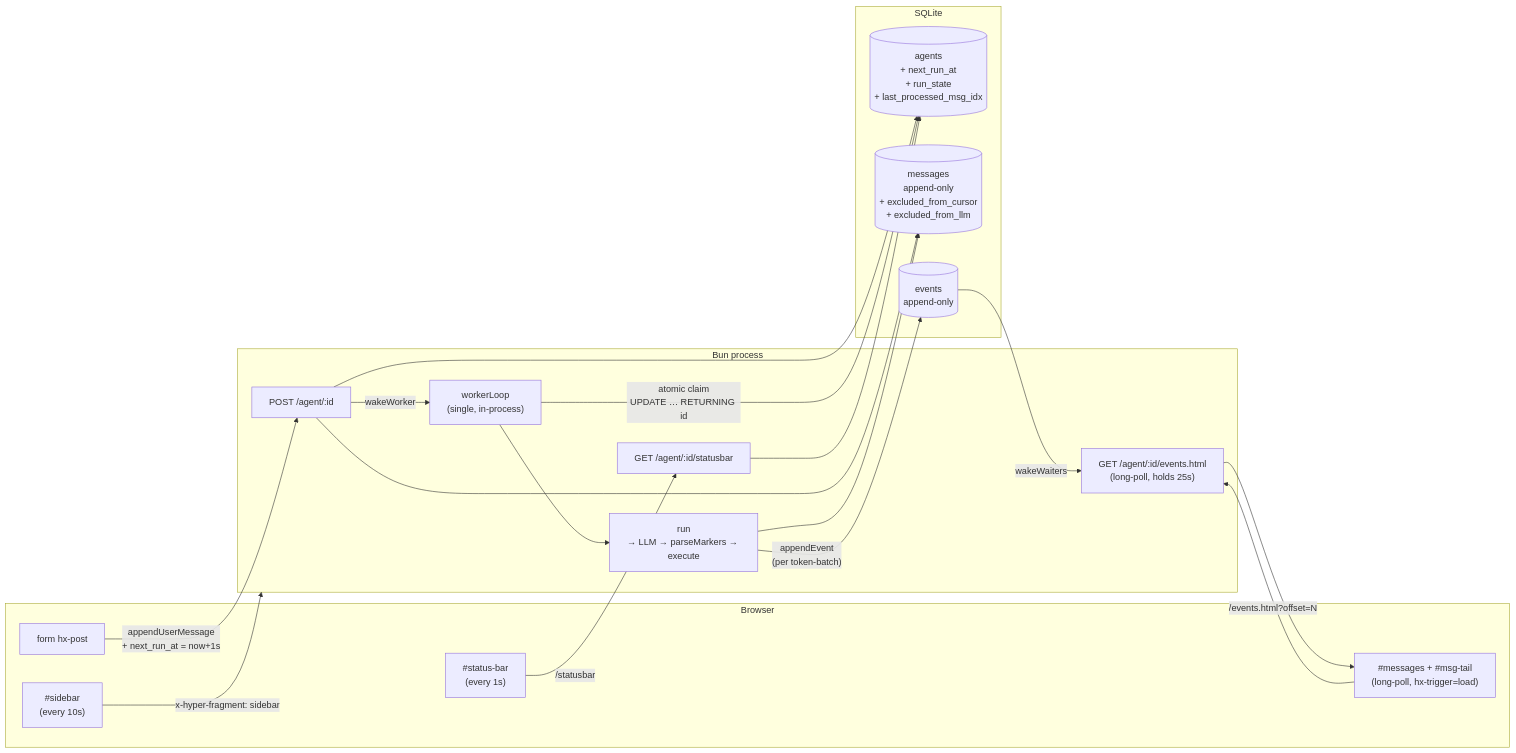
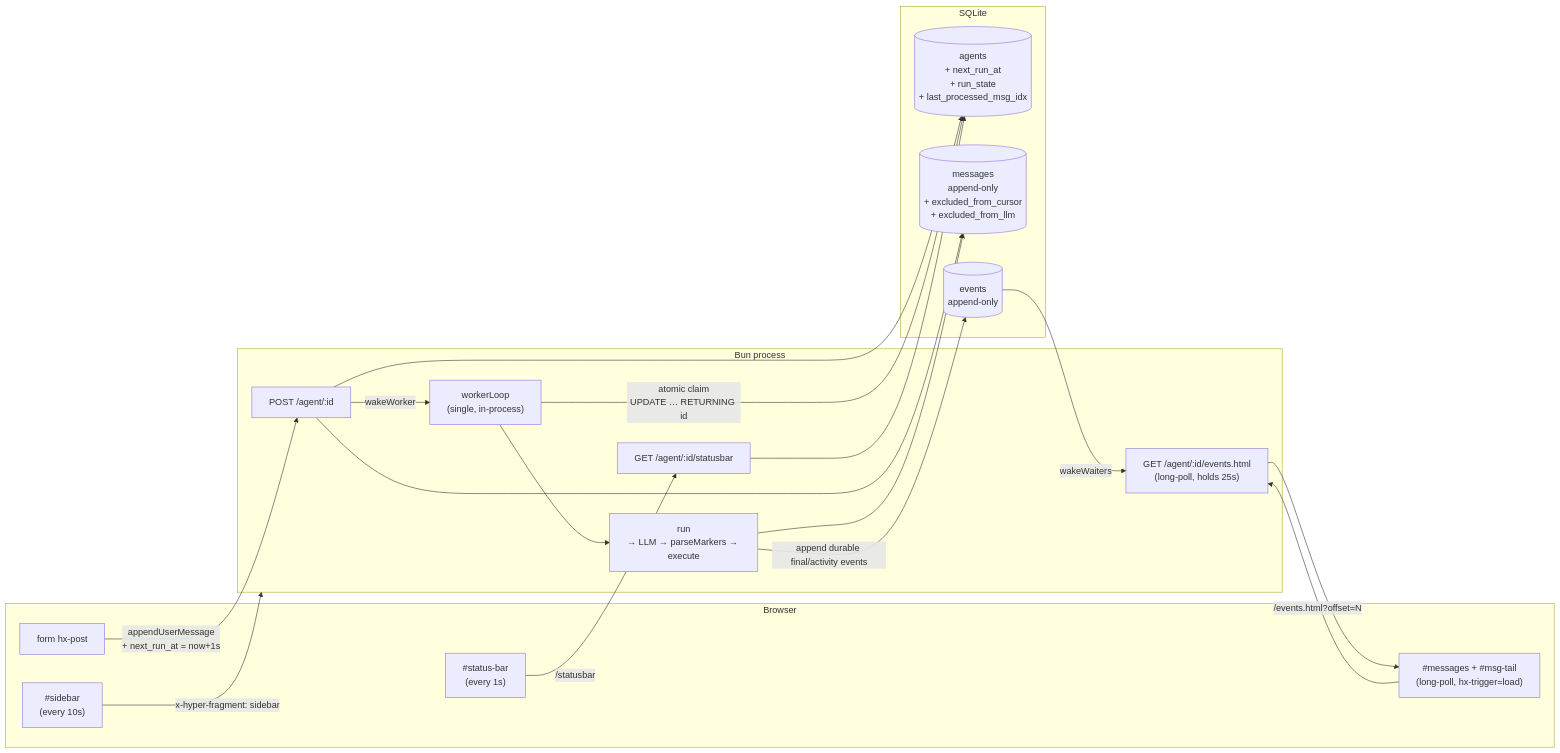
The diagram in README.md (dapi/hyper-code2), drawn with Mermaid before and after one commit. The commit also changed other lines of this file and 30 other files, not shown here.

````diff
--- a/README.md
+++ b/README.md
@@ -66,38 +69,38 @@
 ```mermaid
 flowchart LR
     subgraph Browser
         F[form hx-post]
         M["#messages + #msg-tail<br/>(long-poll, hx-trigger=load)"]
         S["#status-bar<br/>(every 1s)"]
         SB["#sidebar<br/>(every 10s)"]
     end
 
     subgraph Server["Bun process"]
         POST["POST /agent/:id"]
         EH["GET /agent/:id/events.html<br/>(long-poll, holds 25s)"]
         STAT["GET /agent/:id/statusbar"]
         WORKER["workerLoop<br/>(single, in-process)"]
         RUN["run<br/>→ LLM → parseMarkers → execute"]
     end
 
     subgraph DB[SQLite]
         AGENTS[(agents<br/>+ next_run_at<br/>+ run_state<br/>+ last_processed_msg_idx)]
         MSGS[(messages<br/>append-only<br/>+ excluded_from_cursor<br/>+ excluded_from_llm)]
         EVENTS[(events<br/>append-only)]
     end
 
     F      -- "appendUserMessage<br/>+ next_run_at = now+1s" --> POST
     POST   --> MSGS
     POST   --> AGENTS
     POST   -- "wakeWorker" --> WORKER
     WORKER -- "atomic claim<br/>UPDATE … RETURNING id" --> AGENTS
     WORKER --> RUN
-    RUN    -- "appendEvent<br/>(per token-batch)" --> EVENTS
+    RUN    -- "append durable final/activity events" --> EVENTS
     RUN    --> MSGS
     EVENTS -- "wakeWaiters" --> EH
     M      -- "/events.html?offset=N" --> EH
     EH     --> M
     S      -- "/statusbar" --> STAT
     STAT   --> AGENTS
     SB     -- "x-hyper-fragment: sidebar" --> Server
 ```
````
